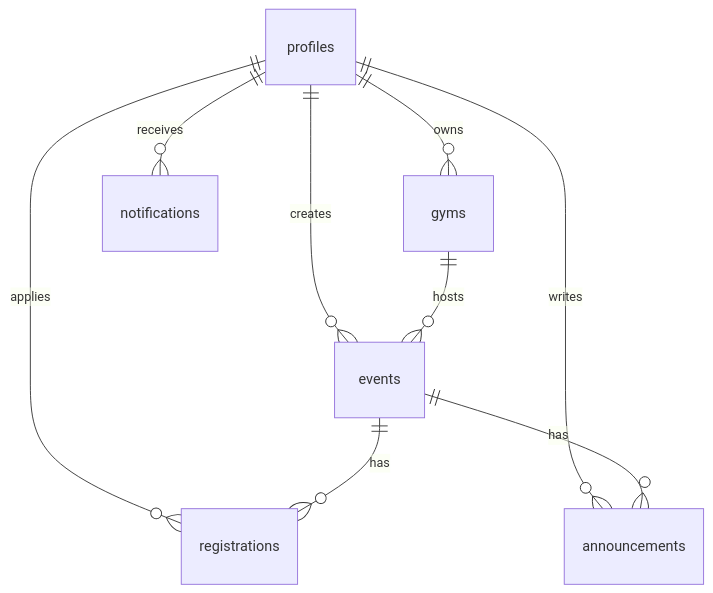
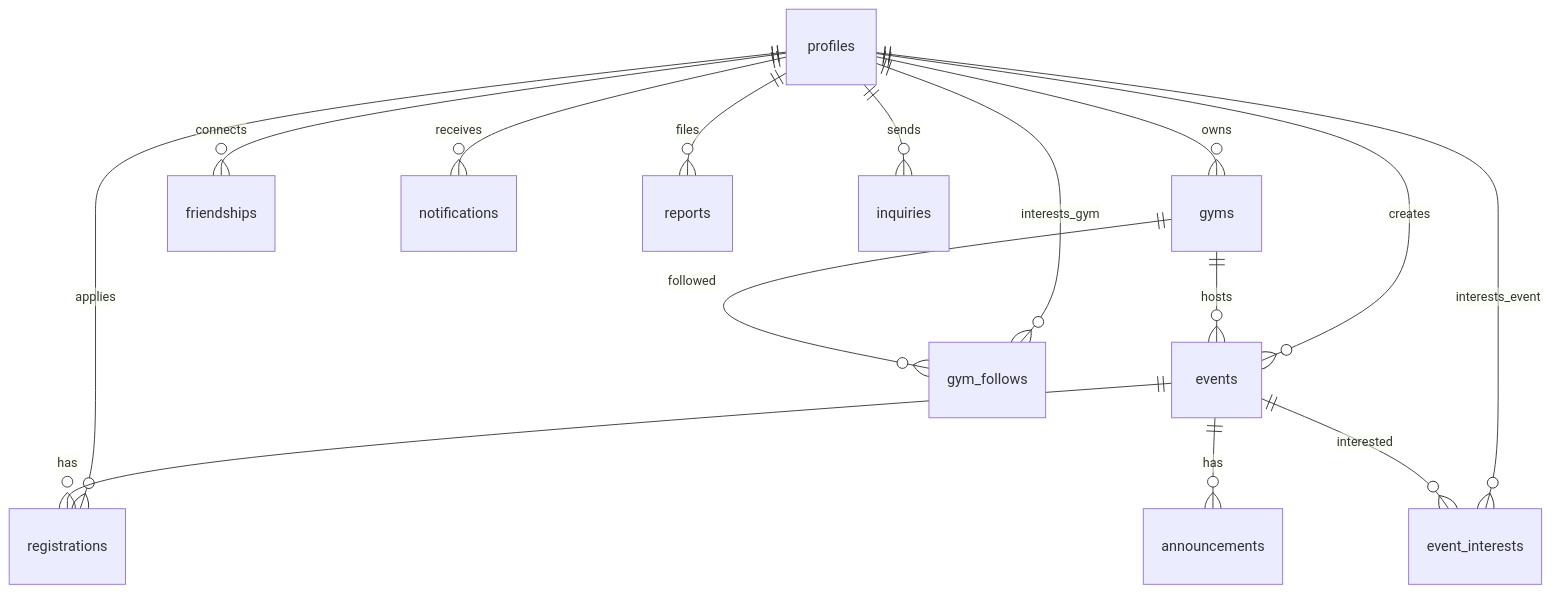
Before and after one commit to busy971126-arch/openhouse: the diagram in docs/DATABASE.md, drawn with Mermaid. The commit also changed other lines of this file and 450 other files, not shown here.

````diff
--- a/docs/DATABASE.md
+++ b/docs/DATABASE.md
@@ -140,11 +189,17 @@
 ```mermaid
 erDiagram
   profiles ||--o{ gyms : owns
   profiles ||--o{ events : creates
   profiles ||--o{ registrations : applies
-  profiles ||--o{ announcements : writes
+  profiles ||--o{ gym_follows : interests_gym
+  profiles ||--o{ event_interests : interests_event
+  profiles ||--o{ friendships : connects
   profiles ||--o{ notifications : receives
+  profiles ||--o{ reports : files
+  profiles ||--o{ inquiries : sends
   gyms ||--o{ events : hosts
+  gyms ||--o{ gym_follows : followed
   events ||--o{ registrations : has
+  events ||--o{ event_interests : interested
   events ||--o{ announcements : has
 ```
````
